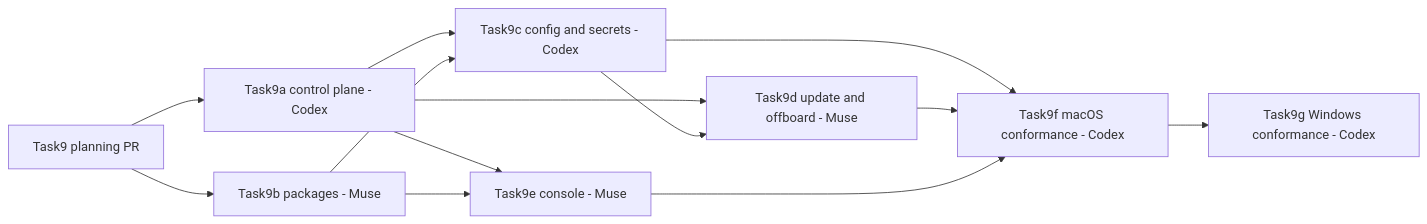
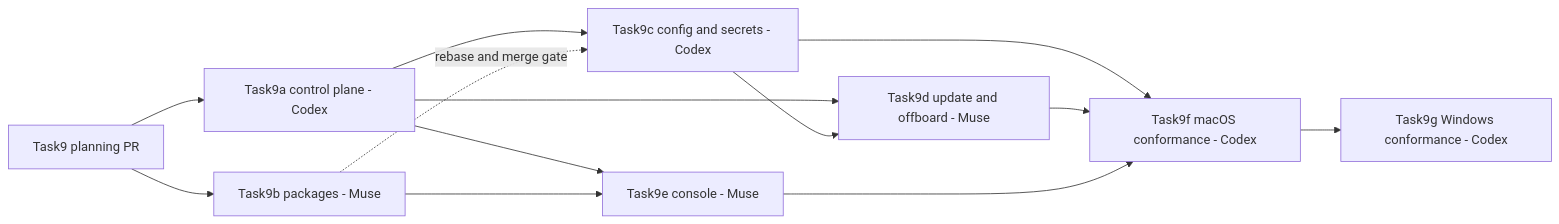
The diagram in docs/plan/TASK9.md (mahamannu-ux/TrackAI-V1), drawn with Mermaid before and after one commit. The commit also changed other lines of this file and 18 other files, not shown here.

````diff
--- a/docs/plan/TASK9.md
+++ b/docs/plan/TASK9.md
@@ -124,24 +124,24 @@
 ```mermaid
 flowchart LR
   P[Task9 planning PR]
   A[Task9a control plane - Codex]
   B[Task9b packages - Muse]
   C[Task9c config and secrets - Codex]
   D[Task9d update and offboard - Muse]
   E[Task9e console - Muse]
   F[Task9f macOS conformance - Codex]
   G[Task9g Windows conformance - Codex]
 
   P --> A
   P --> B
   A --> C
-  B --> C
+  B -. rebase and merge gate .-> C
   A --> E
   B --> E
   A --> D
   C --> D
   C --> F
   D --> F
   E --> F
   F --> G
 ```
````
